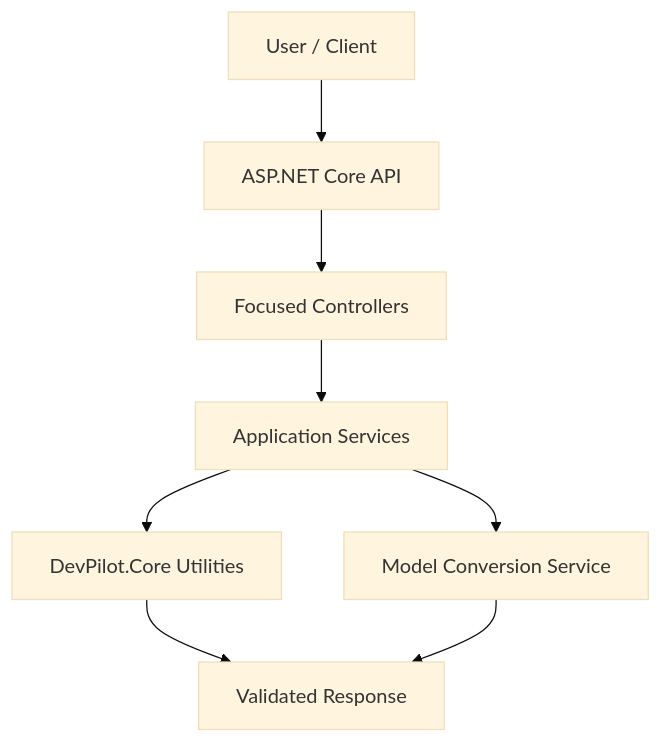
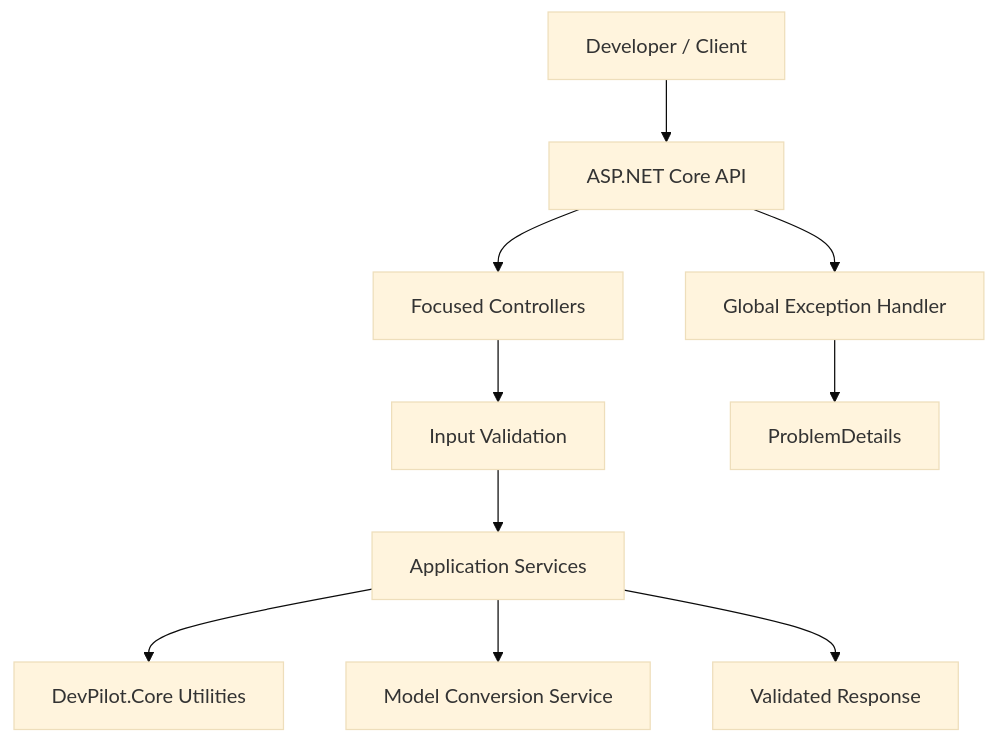
The diagram in README.md (azam123/DevPilot), drawn with Mermaid (base theme) before and after one commit. The commit also changed other lines of this file, not shown here.

Commit message:
Improve DevPilot documentation, setup, validation and examples

````diff
--- a/README.md
+++ b/README.md
@@ -26,10 +30,12 @@
 ```mermaid
 flowchart TD
-    U[User / Client] --> API[ASP.NET Core API]
+    U[Developer / Client] --> API[ASP.NET Core API]
     API --> C[Focused Controllers]
-    C --> S[Application Services]
+    C --> V[Input Validation]
+    V --> S[Application Services]
     S --> CORE[DevPilot.Core Utilities]
     S --> CONV[Model Conversion Service]
-    CORE --> OUT[Validated Response]
-    CONV --> OUT
+    API --> EH[Global Exception Handler]
+    EH --> PD[ProblemDetails]
+    S --> OUT[Validated Response]
 ```
````
